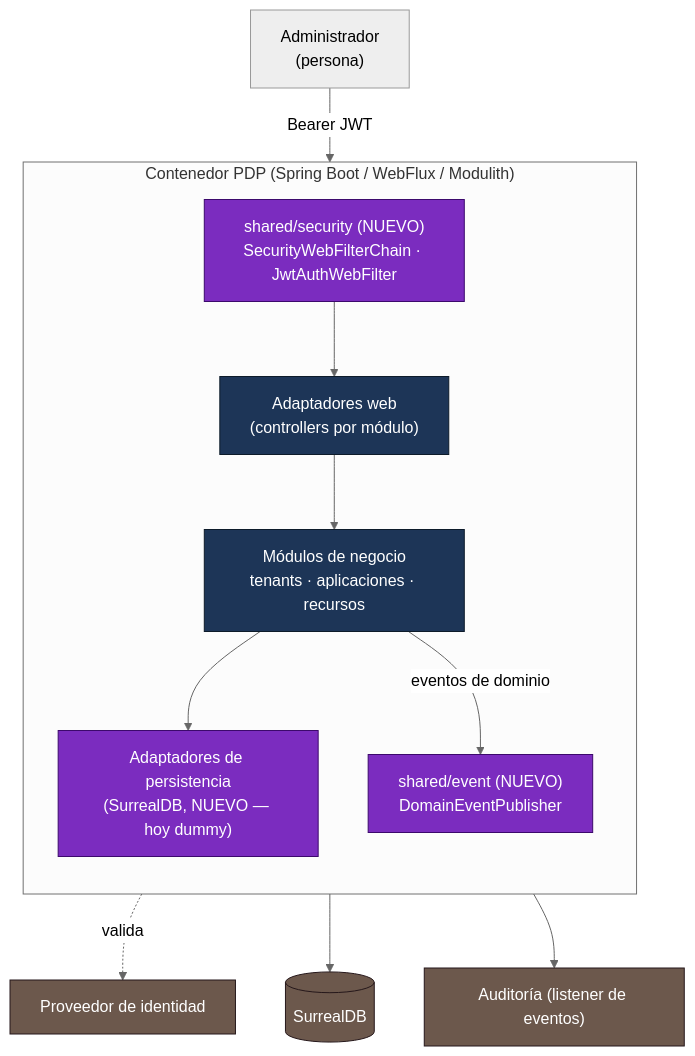
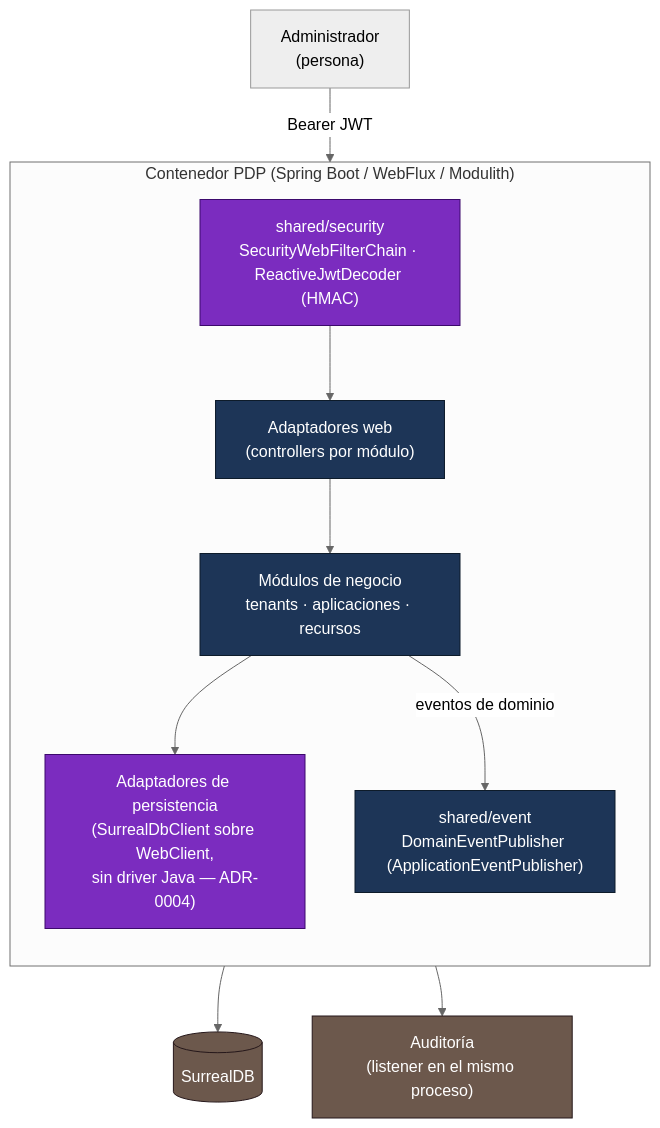
Before and after one commit to Seguridad-UCO/securityBaseline: the third of 3 diagrams in docs/architecture/c4/README.md, drawn with Mermaid (neutral theme). The commit also changed other lines of this file and 80 other files, not shown here.

First line of the commit message:
Stage 4: persistencia real SurrealDB (HTTP/WebClient), saga con compensación, Testcontainers.

````diff
--- a/docs/architecture/c4/README.md
+++ b/docs/architecture/c4/README.md
@@ -69,29 +72,27 @@
 ```mermaid
 flowchart TB
     ADMIN["Administrador\n(persona)"]
 
     subgraph PDP["Contenedor PDP (Spring Boot / WebFlux / Modulith)"]
         direction TB
-        SEC["shared/security (NUEVO)\nSecurityWebFilterChain · JwtAuthWebFilter"]
+        SEC["shared/security\nSecurityWebFilterChain · ReactiveJwtDecoder (HMAC)"]
         WEB["Adaptadores web\n(controllers por módulo)"]
         MODS["Módulos de negocio\ntenants · aplicaciones · recursos"]
-        EVT["shared/event (NUEVO)\nDomainEventPublisher"]
-        PERSIST["Adaptadores de persistencia\n(SurrealDB, NUEVO — hoy dummy)"]
+        EVT["shared/event\nDomainEventPublisher (ApplicationEventPublisher)"]
+        PERSIST["Adaptadores de persistencia\n(SurrealDbClient sobre WebClient,\nsin driver Java — ADR-0004)"]
     end
 
-    IDP["Proveedor de identidad"]
+    AUD["Auditoría\n(listener en el mismo proceso)"]
     DB[("SurrealDB")]
-    AUD["Auditoría (listener de eventos)"]
 
     ADMIN -->|"Bearer JWT"| SEC --> WEB --> MODS
-    SEC -.valida.-> IDP
     MODS --> PERSIST --> DB
     MODS -->|"eventos de dominio"| EVT --> AUD
 
     classDef new fill:#7b2cbf,stroke:#3c096c,color:#fff
     classDef existing fill:#1d3557,stroke:#0d1b2a,color:#fff
     classDef ext fill:#6c584c,stroke:#25171a,color:#fff
-    class SEC,EVT,PERSIST new
-    class WEB,MODS existing
-    class IDP,DB,AUD ext
+    class SEC,PERSIST new
+    class WEB,MODS,EVT existing
+    class AUD,DB ext
 ```
````
